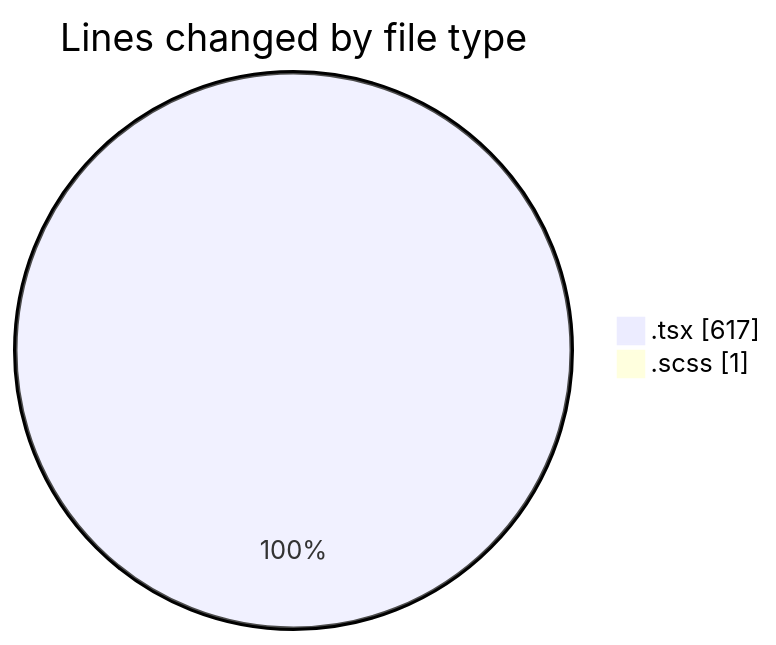
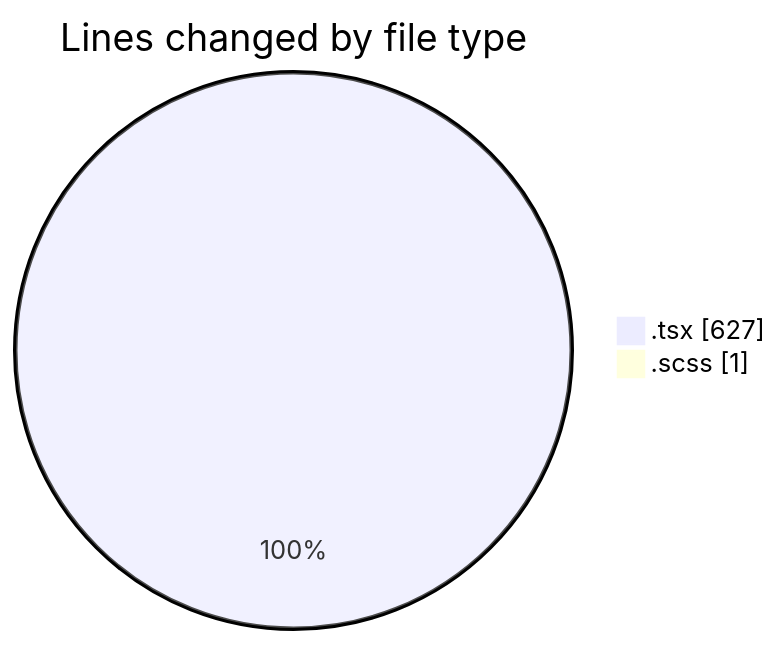
Before and after one commit to momahboobian/code-tracking: the first of 2 diagrams in 2025-03-19/cda/README.md, drawn with Mermaid. The commit also changed other lines of this file and 1 other file, not shown here.

````diff
--- a/2025-03-19/cda/README.md
+++ b/2025-03-19/cda/README.md
@@ -23,6 +23,6 @@
 ```mermaid
 pie showData
 title Lines changed by file type
-".tsx" : 617
+".tsx" : 627
 ".scss" : 1
 ```
````
